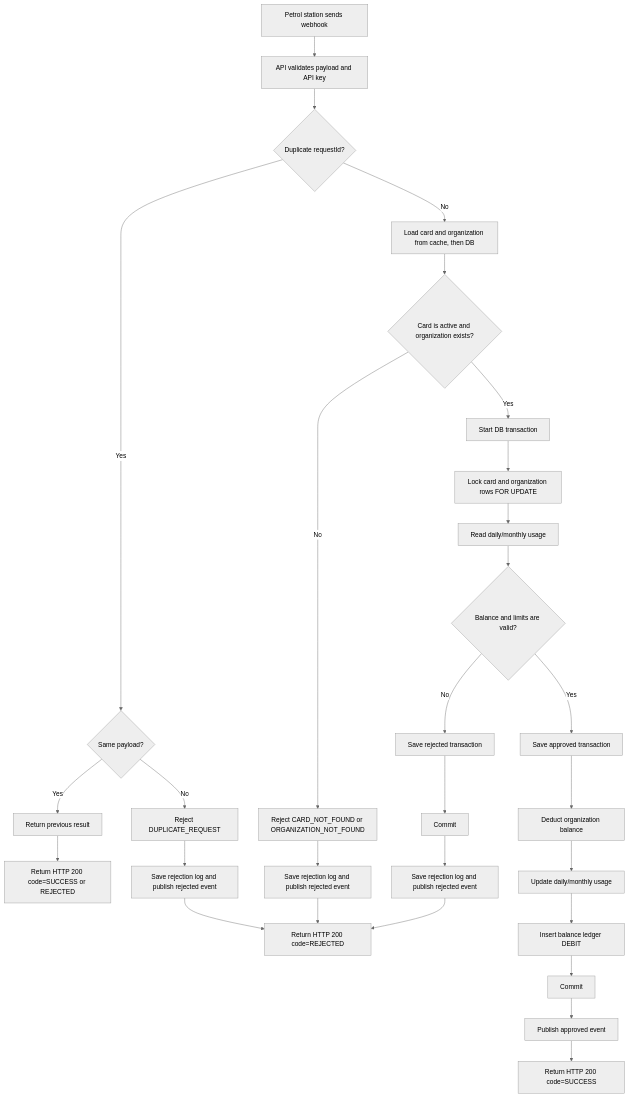
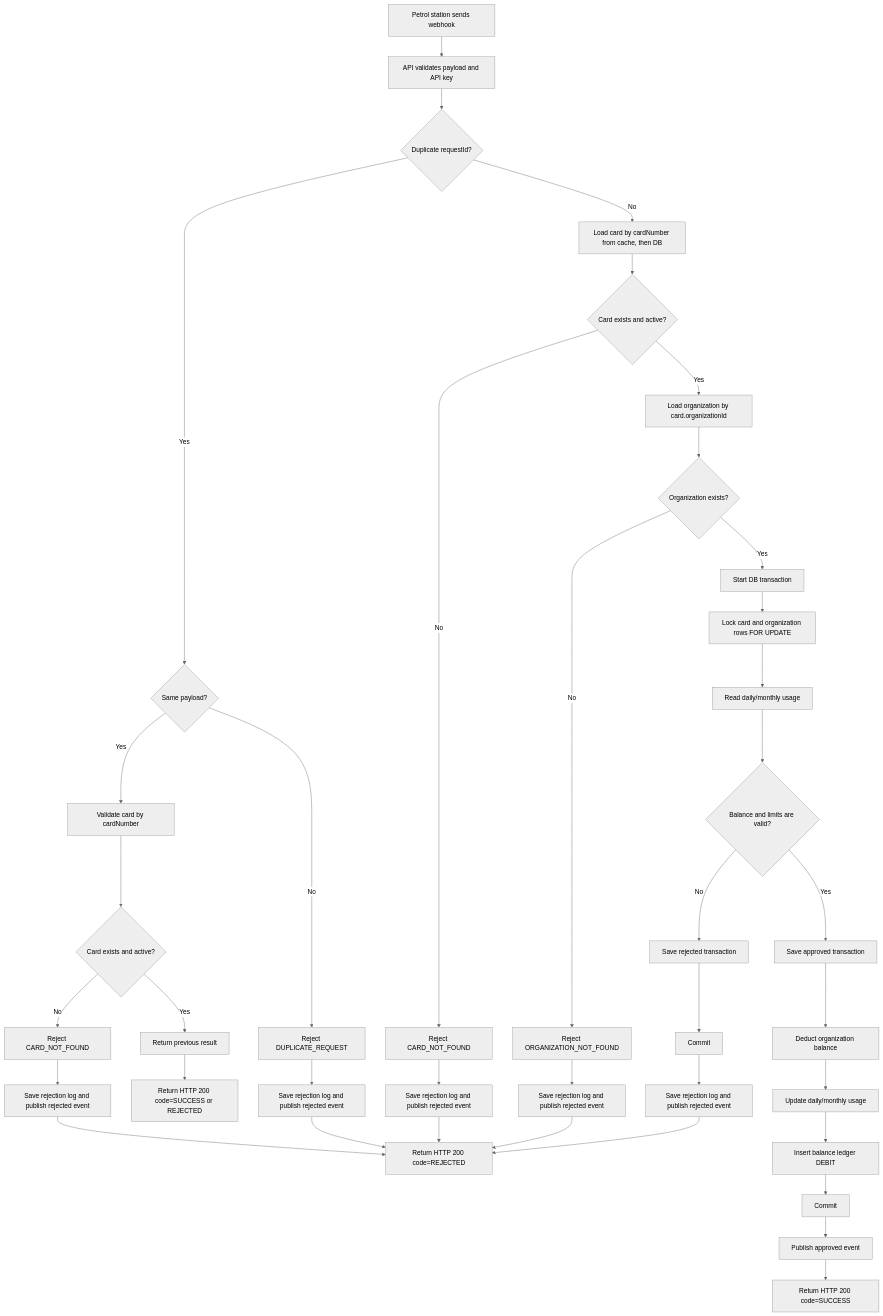
One commit to radyatamaa/myfuel-transaction-processor changed the first of 3 diagrams in docs/system-design.md. Above: the diagram before and after it, drawn with Mermaid (neutral theme). The commit also changed 2 other files, not shown here.

Commit message:
fix : validation card number

````diff
--- a/docs/system-design.md
+++ b/docs/system-design.md
@@ -10,37 +10,48 @@
 ```mermaid
 flowchart TD
   A[Petrol station sends webhook] --> B[API validates payload and API key]
   B --> C{Duplicate requestId?}
 
   C -- Yes --> C1{Same payload?}
-  C1 -- Yes --> C2[Return previous result]
-  C2 --> Z0[Return HTTP 200 code=SUCCESS or REJECTED]
-  C1 -- No --> C3[Reject DUPLICATE_REQUEST]
-  C3 --> C4[Save rejection log and publish rejected event]
-  C4 --> Z1[Return HTTP 200 code=REJECTED]
+  C1 -- Yes --> C2[Validate card by cardNumber]
+  C2 --> C3{Card exists and active?}
+  C3 -- No --> C4[Reject CARD_NOT_FOUND]
+  C4 --> C5[Save rejection log and publish rejected event]
+  C5 --> Z1[Return HTTP 200 code=REJECTED]
+  C3 -- Yes --> C6[Return previous result]
+  C6 --> Z0[Return HTTP 200 code=SUCCESS or REJECTED]
+  C1 -- No --> C7[Reject DUPLICATE_REQUEST]
+  C7 --> C8[Save rejection log and publish rejected event]
+  C8 --> Z1
 
-  C -- No --> D[Load card and organization from cache, then DB]
-  D --> E{Card is active and organization exists?}
+  C -- No --> D[Load card by cardNumber from cache, then DB]
+  D --> E{Card exists and active?}
 
-  E -- No --> E1[Reject CARD_NOT_FOUND or ORGANIZATION_NOT_FOUND]
+  E -- No --> E1[Reject CARD_NOT_FOUND]
   E1 --> E2[Save rejection log and publish rejected event]
   E2 --> Z1
 
-  E -- Yes --> F[Start DB transaction]
-  F --> G[Lock card and organization rows FOR UPDATE]
-  G --> H[Read daily/monthly usage]
-  H --> I{Balance and limits are valid?}
+  E -- Yes --> F[Load organization by card.organizationId]
+  F --> G{Organization exists?}
+  G -- No --> G1[Reject ORGANIZATION_NOT_FOUND]
+  G1 --> G2[Save rejection log and publish rejected event]
+  G2 --> Z1
 
-  I -- No --> I1[Save rejected transaction]
-  I1 --> I2[Commit]
-  I2 --> I3[Save rejection log and publish rejected event]
-  I3 --> Z1
+  G -- Yes --> H[Start DB transaction]
+  H --> I[Lock card and organization rows FOR UPDATE]
+  I --> J[Read daily/monthly usage]
+  J --> K{Balance and limits are valid?}
 
-  I -- Yes --> J[Save approved transaction]
-  J --> K[Deduct organization balance]
-  K --> L[Update daily/monthly usage]
-  L --> M[Insert balance ledger DEBIT]
-  M --> N[Commit]
-  N --> O[Publish approved event]
-  O --> Z2[Return HTTP 200 code=SUCCESS]
+  K -- No --> K1[Save rejected transaction]
+  K1 --> K2[Commit]
+  K2 --> K3[Save rejection log and publish rejected event]
+  K3 --> Z1
+
+  K -- Yes --> L[Save approved transaction]
+  L --> M[Deduct organization balance]
+  M --> N[Update daily/monthly usage]
+  N --> O[Insert balance ledger DEBIT]
+  O --> P[Commit]
+  P --> Q[Publish approved event]
+  Q --> Z2[Return HTTP 200 code=SUCCESS]
 ```
````
